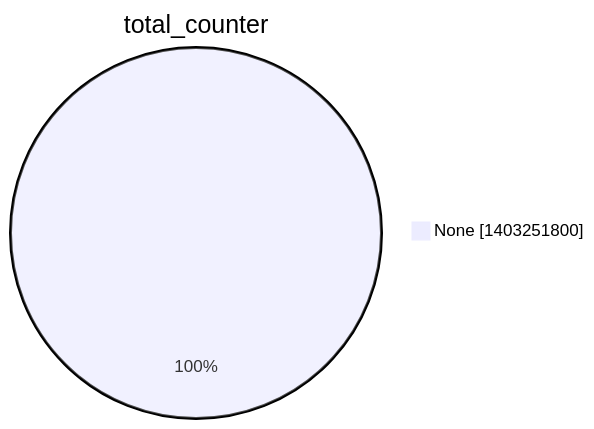
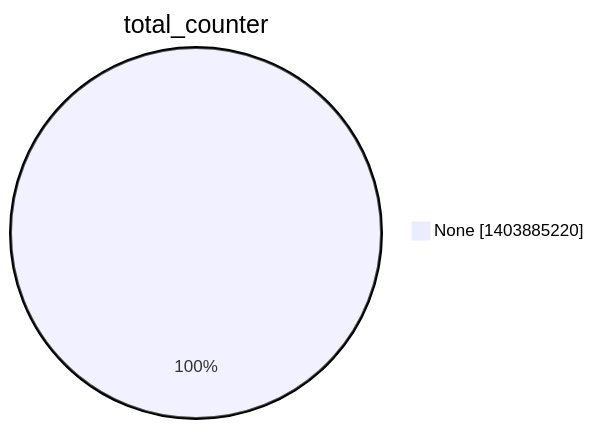
One commit to christiankrug/ctmonitor_visualization changed the second of 15 diagrams in argon2022/README.md. Above: the diagram before and after it, drawn with Mermaid. The commit also changed other lines of this file, not shown here.

````diff
--- a/argon2022/README.md
+++ b/argon2022/README.md
@@ -9,5 +9,5 @@
 ```mermaid
 pie showData
 title total_counter
-"None" :1403251800
+"None" :1403885220
 ```
````
